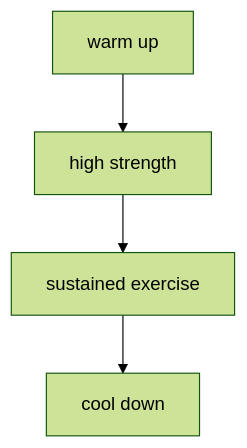
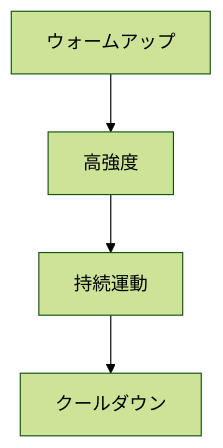
The second of 3 diagrams in en/_posts/2026-04-11-column-muscle-music-relation.md (monumental-movement/monumental-movement.github.io), drawn with Mermaid (forest theme) before and after one commit. The commit also changed other lines of this file and 2196 other files, not shown here.

```diff
--- a/en/_posts/2026-04-11-column-muscle-music-relation.md
+++ b/en/_posts/2026-04-11-column-muscle-music-relation.md
@@ -229,6 +228,6 @@
 <div class="mermaid">
 flowchart TD
-A[warm up] --> B[high strength]
-B --> C[sustained exercise]
-C --> D[cool down]
+A[ウォームアップ] --> B[高強度]
+B --> C[持続運動]
+C --> D[クールダウン]
 </div>
```
